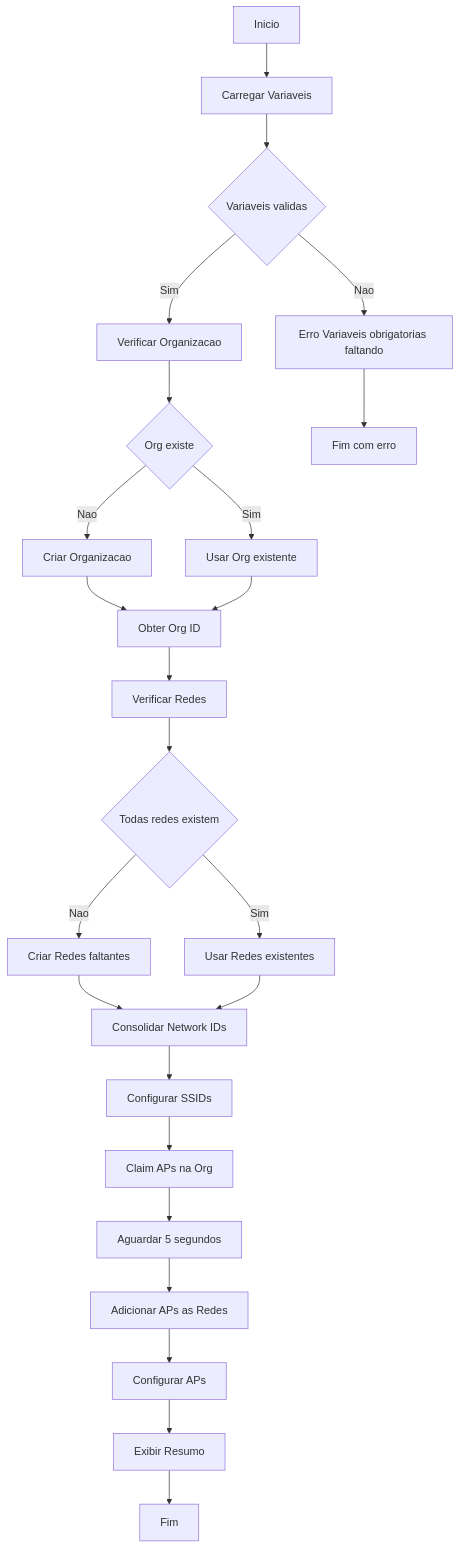
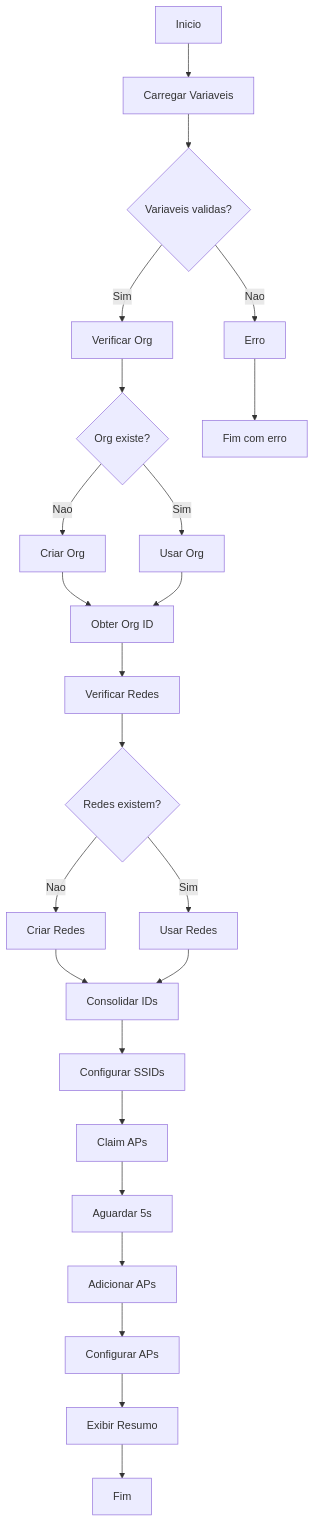
One commit to rodrigo-freitas-com/meraki-ansible changed the fifth of 11 diagrams in docs/system-modeling.md. Above: the diagram before and after it, drawn with Mermaid. The commit also changed other lines of this file and 3 other files, not shown here.

````diff
--- a/docs/system-modeling.md
+++ b/docs/system-modeling.md
@@ -227,34 +211,26 @@
 ```mermaid
 flowchart TD
     A[Inicio] --> B[Carregar Variaveis]
-    B --> C{Variaveis validas}
-
-    C -->|Nao| D[Erro Variaveis obrigatorias faltando]
-    C -->|Sim| E[Verificar Organizacao]
-
-    E --> F{Org existe}
-    F -->|Nao| G[Criar Organizacao]
-    F -->|Sim| H[Usar Org existente]
-
+    B --> C{Variaveis validas?}
+    C -->|Nao| D[Erro]
+    C -->|Sim| E[Verificar Org]
+    E --> F{Org existe?}
+    F -->|Nao| G[Criar Org]
+    F -->|Sim| H[Usar Org]
     G --> I[Obter Org ID]
     H --> I
-
     I --> J[Verificar Redes]
-    J --> K{Todas redes existem}
-
-    K -->|Nao| L[Criar Redes faltantes]
-    K -->|Sim| M[Usar Redes existentes]
-
-    L --> N[Consolidar Network IDs]
+    J --> K{Redes existem?}
+    K -->|Nao| L[Criar Redes]
+    K -->|Sim| M[Usar Redes]
+    L --> N[Consolidar IDs]
     M --> N
-
     N --> O[Configurar SSIDs]
-    O --> P[Claim APs na Org]
-    P --> Q[Aguardar 5 segundos]
-    Q --> R[Adicionar APs as Redes]
+    O --> P[Claim APs]
+    P --> Q[Aguardar 5s]
+    Q --> R[Adicionar APs]
     R --> S[Configurar APs]
     S --> T[Exibir Resumo]
     T --> U[Fim]
-
     D --> V[Fim com erro]
 ```
````
